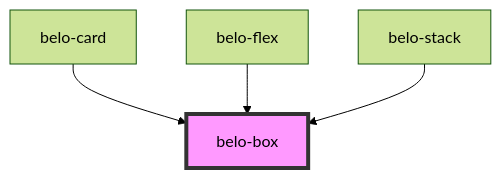
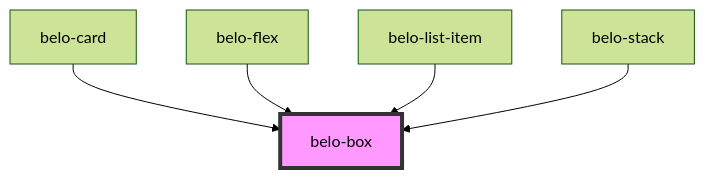
One commit to KonstantinBelenko/Belo changed the diagram in src/components/belo-box/readme.md. Above: the diagram before and after it, drawn with Mermaid (forest theme). The commit also changed other lines of this file and 11 other files, not shown here.

Commit message:
created list item component + MDX update

````diff
--- a/src/components/belo-box/readme.md
+++ b/src/components/belo-box/readme.md
@@ -41,7 +42,8 @@
 ```mermaid
 graph TD;
   belo-card --> belo-box
   belo-flex --> belo-box
+  belo-list-item --> belo-box
   belo-stack --> belo-box
   style belo-box fill:#f9f,stroke:#333,stroke-width:4px
 ```
````
